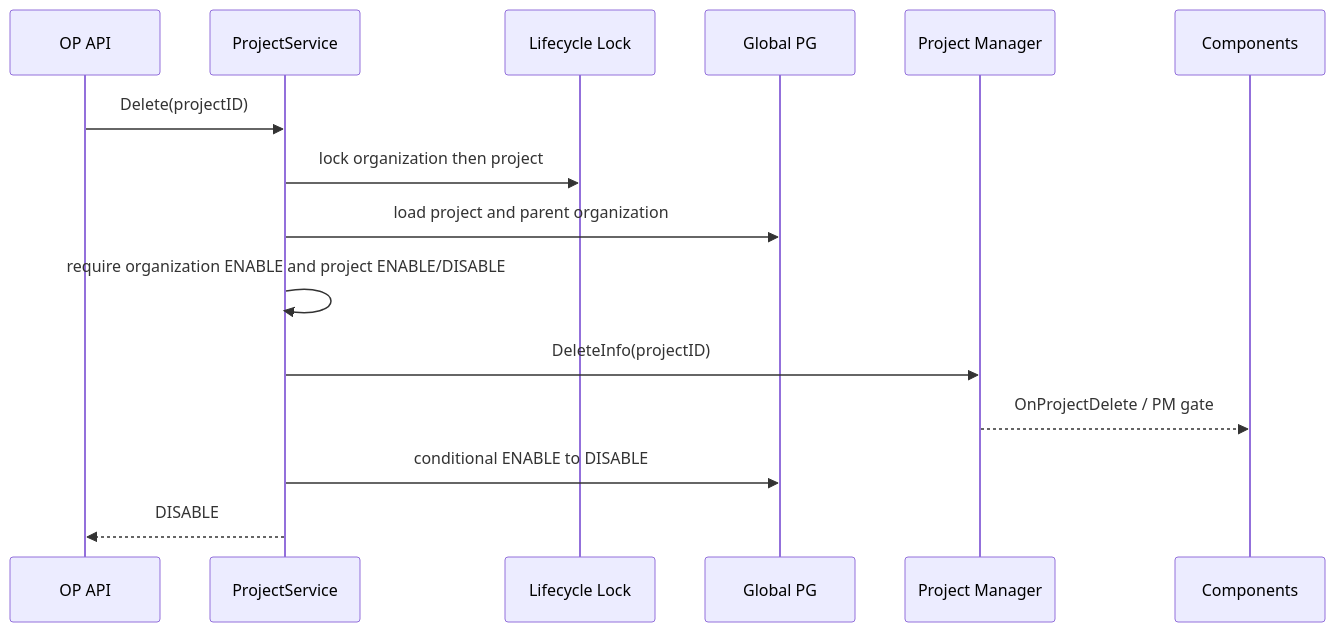
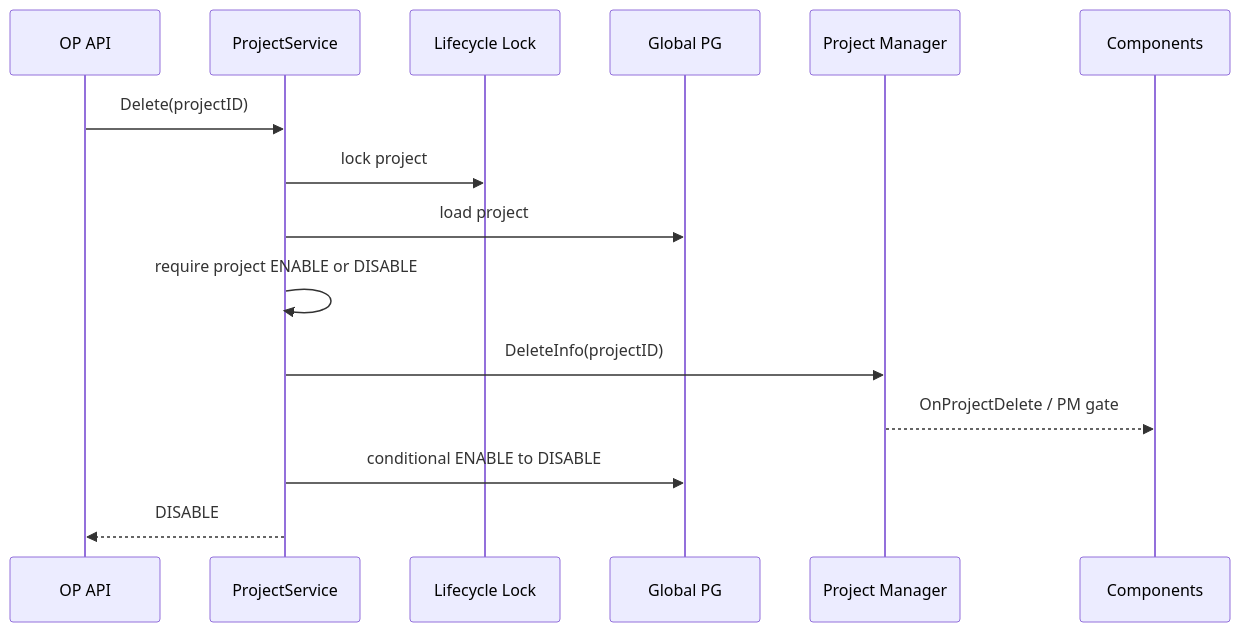
Before and after one commit to qinwenshiCH/workflow: the second of 5 diagrams in specs/20260716-Wave-Refac-OrganizationProjectLifecycle/03-plan.md, drawn with Mermaid. The commit also changed other lines of this file and 5 other files, not shown here.

````diff
--- a/specs/20260716-Wave-Refac-OrganizationProjectLifecycle/03-plan.md
+++ b/specs/20260716-Wave-Refac-OrganizationProjectLifecycle/03-plan.md
@@ -105,18 +106,18 @@
 ```mermaid
 sequenceDiagram
     participant OP as OP API
     participant S as ProjectService
     participant L as Lifecycle Lock
     participant DB as Global PG
     participant PM as Project Manager
     participant C as Components
 
     OP->>S: Delete(projectID)
-    S->>L: lock organization then project
-    S->>DB: load project and parent organization
-    S->>S: require organization ENABLE and project ENABLE/DISABLE
+    S->>L: lock project
+    S->>DB: load project
+    S->>S: require project ENABLE or DISABLE
     S->>PM: DeleteInfo(projectID)
     PM-->>C: OnProjectDelete / PM gate
     S->>DB: conditional ENABLE to DISABLE
     S-->>OP: DISABLE
 ```
````
